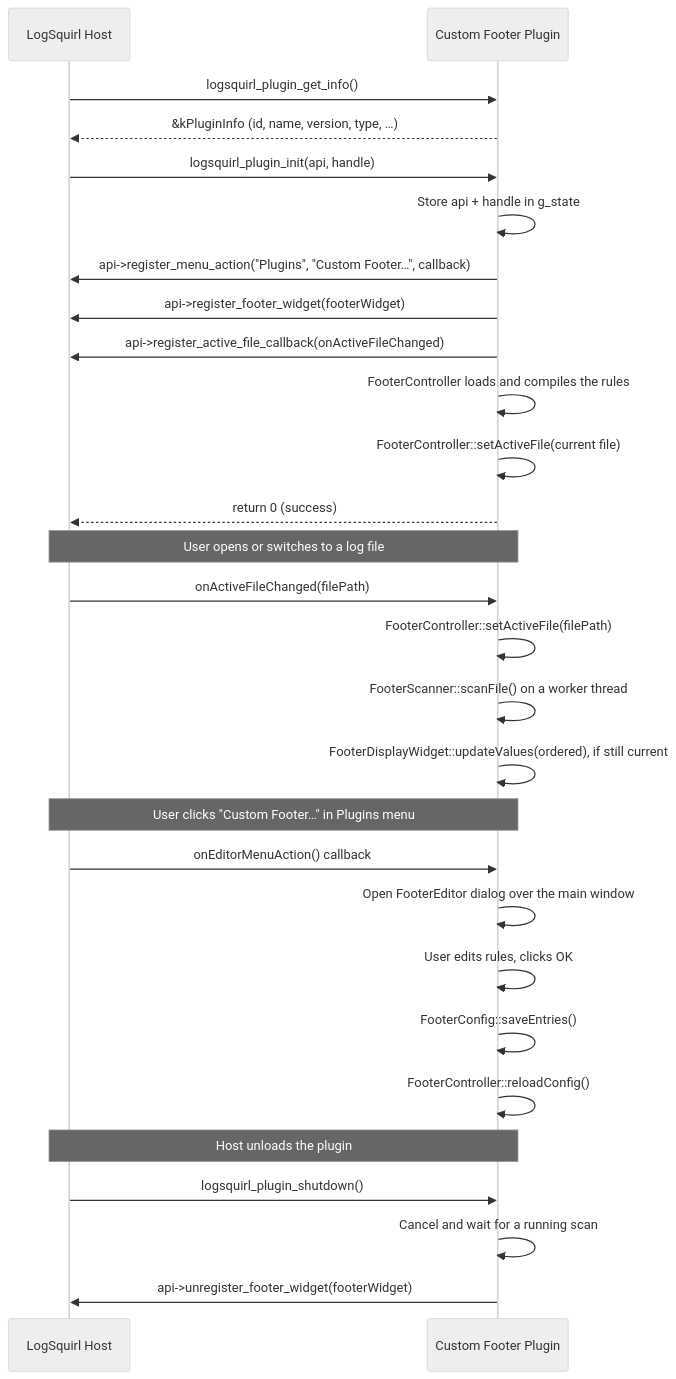
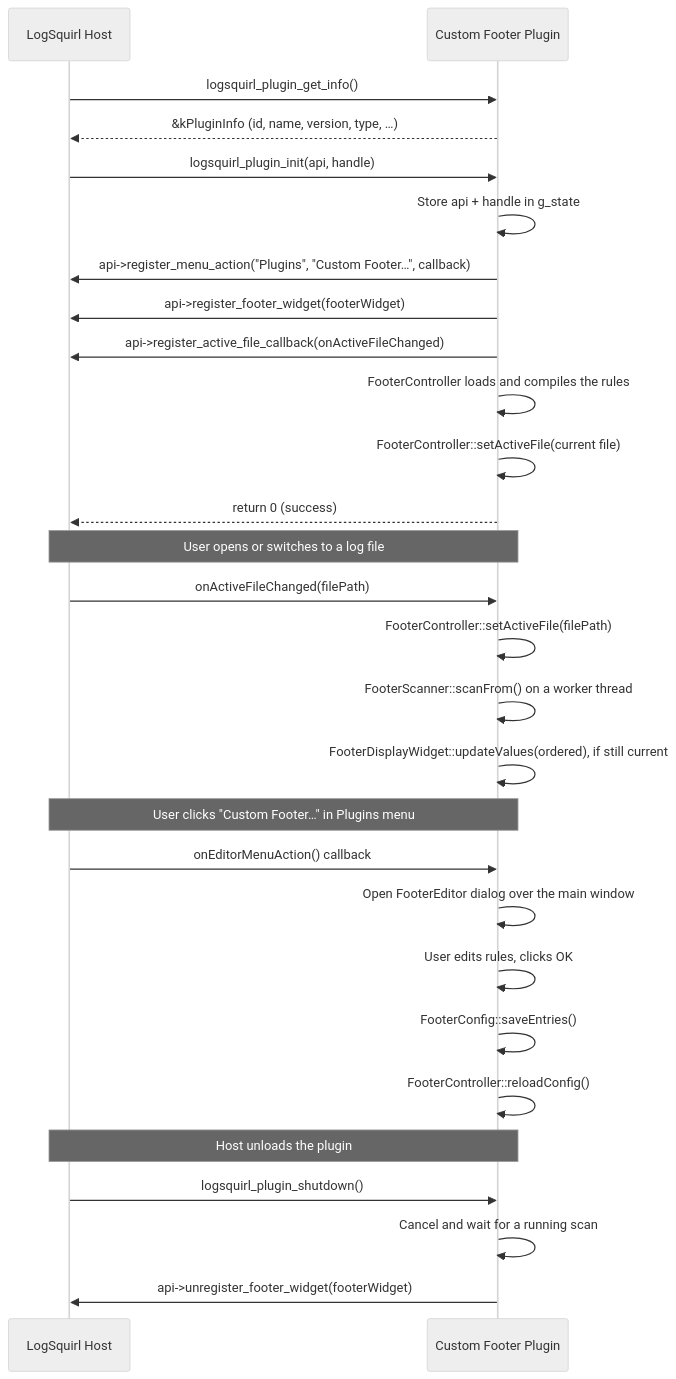
One commit to 64x-lunicorn/LogSquirl-CustomFooter changed the diagram in docs/DEVELOPER_GUIDE.md. Above: the diagram before and after it, drawn with Mermaid (neutral theme). The commit also changed other lines of this file, not shown here.

````diff
--- a/docs/DEVELOPER_GUIDE.md
+++ b/docs/DEVELOPER_GUIDE.md
@@ -23,38 +23,38 @@
 ```mermaid
 sequenceDiagram
     participant Host as LogSquirl Host
     participant Plugin as Custom Footer Plugin
 
     Host->>Plugin: logsquirl_plugin_get_info()
     Plugin-->>Host: &kPluginInfo (id, name, version, type, …)
 
     Host->>Plugin: logsquirl_plugin_init(api, handle)
     Plugin->>Plugin: Store api + handle in g_state
     Plugin->>Host: api->register_menu_action("Plugins", "Custom Footer…", callback)
     Plugin->>Host: api->register_footer_widget(footerWidget)
     Plugin->>Host: api->register_active_file_callback(onActiveFileChanged)
     Plugin->>Plugin: FooterController loads and compiles the rules
     Plugin->>Plugin: FooterController::setActiveFile(current file)
     Plugin-->>Host: return 0 (success)
 
     Note over Host,Plugin: User opens or switches to a log file
 
     Host->>Plugin: onActiveFileChanged(filePath)
     Plugin->>Plugin: FooterController::setActiveFile(filePath)
-    Plugin->>Plugin: FooterScanner::scanFile() on a worker thread
+    Plugin->>Plugin: FooterScanner::scanFrom() on a worker thread
     Plugin->>Plugin: FooterDisplayWidget::updateValues(ordered), if still current
 
     Note over Host,Plugin: User clicks "Custom Footer…" in Plugins menu
 
     Host->>Plugin: onEditorMenuAction() callback
     Plugin->>Plugin: Open FooterEditor dialog over the main window
     Plugin->>Plugin: User edits rules, clicks OK
     Plugin->>Plugin: FooterConfig::saveEntries()
     Plugin->>Plugin: FooterController::reloadConfig()
 
     Note over Host,Plugin: Host unloads the plugin
 
     Host->>Plugin: logsquirl_plugin_shutdown()
     Plugin->>Plugin: Cancel and wait for a running scan
     Plugin->>Host: api->unregister_footer_widget(footerWidget)
 ```
````
